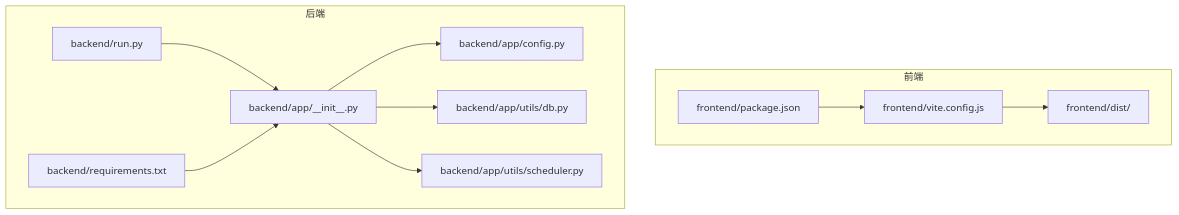
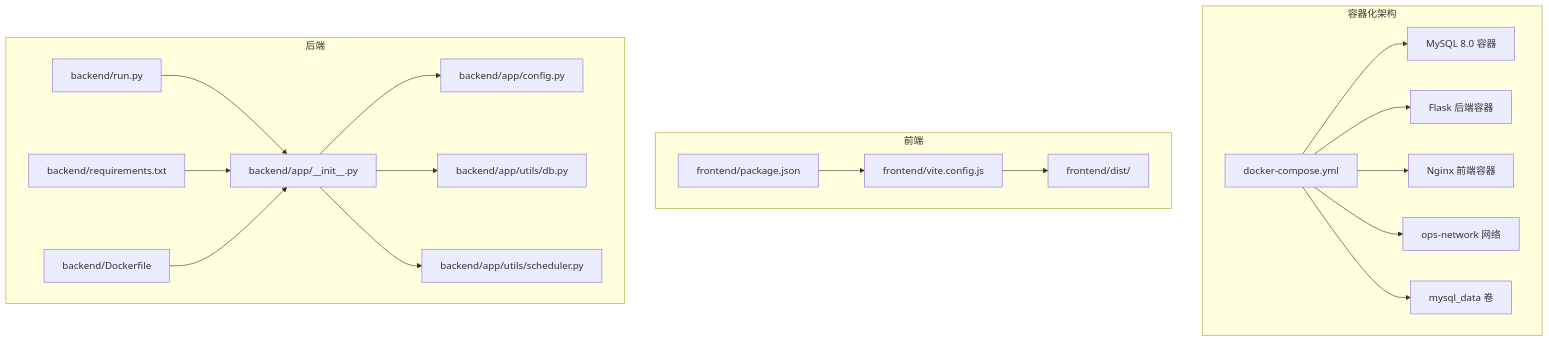
Before and after one commit to ismine3/OPS: the first of 4 diagrams in .qoder/repowiki/zh/content/部署与运维/部署与运维.md, drawn with Mermaid. The commit also changed other lines of this file and 32 other files, not shown here.

````diff
--- a/.qoder/repowiki/zh/content/部署与运维/部署与运维.md
+++ b/.qoder/repowiki/zh/content/部署与运维/部署与运维.md
@@ -35,23 +40,38 @@
 ```mermaid
 graph TB
+subgraph "容器化架构"
+DockerCompose["docker-compose.yml"]
+MySQL["MySQL 8.0 容器"]
+Backend["Flask 后端容器"]
+Frontend["Nginx 前端容器"]
+Network["ops-network 网络"]
+Volume["mysql_data 卷"]
+end
 subgraph "前端"
 FE_PKG["frontend/package.json"]
 FE_VITE["frontend/vite.config.js"]
 FE_DIST["frontend/dist/"]
 end
 subgraph "后端"
 BE_CFG["backend/app/config.py"]
 BE_APP["backend/app/__init__.py"]
 BE_RUN["backend/run.py"]
 BE_DB["backend/app/utils/db.py"]
 BE_SCHED["backend/app/utils/scheduler.py"]
 BE_REQ["backend/requirements.txt"]
+BE_DOCKER["backend/Dockerfile"]
 end
+DockerCompose --> MySQL
+DockerCompose --> Backend
+DockerCompose --> Frontend
+DockerCompose --> Network
+DockerCompose --> Volume
 FE_PKG --> FE_VITE
 FE_VITE --> FE_DIST
 BE_APP --> BE_CFG
 BE_APP --> BE_DB
 BE_APP --> BE_SCHED
 BE_RUN --> BE_APP
 BE_REQ --> BE_APP
+BE_DOCKER --> BE_APP
 ```
````
